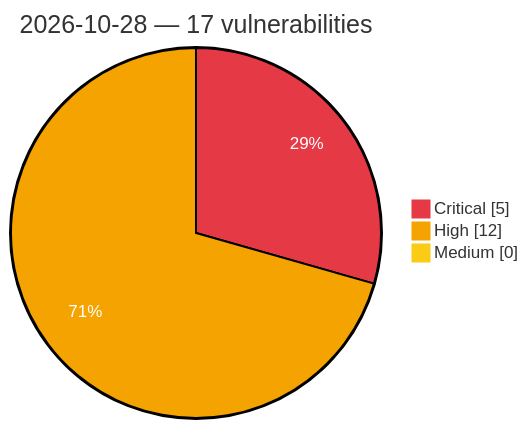
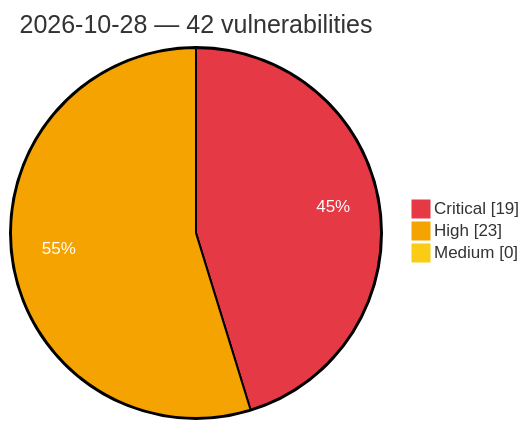
Before and after one commit to GhostX0X/vuln-tracker: the diagram in vulnerabilities/2026/October/2026-10-28.md, drawn with Mermaid. The commit also changed other lines of this file and 5 other files, not shown here.

Commit message:
Auto update: critical/high vulns (2026-10-28 14:18 UTC)

````diff
--- a/vulnerabilities/2026/October/2026-10-28.md
+++ b/vulnerabilities/2026/October/2026-10-28.md
@@ -3,8 +3,8 @@
 ```mermaid
 %%{init: {'theme':'base', 'themeVariables': {'pie1':'#e63946', 'pie2':'#f4a300', 'pie3':'#facc15', 'pieOpacity':'1', 'pieOuterStrokeWidth':'2px', 'pieSectionTextColor':'#ffffff'}}}%%
 pie showData
-    title 2026-10-28 — 17 vulnerabilities
-    "Critical" : 5
-    "High" : 12
+    title 2026-10-28 — 42 vulnerabilities
+    "Critical" : 19
+    "High" : 23
     "Medium" : 0
 ```
````
